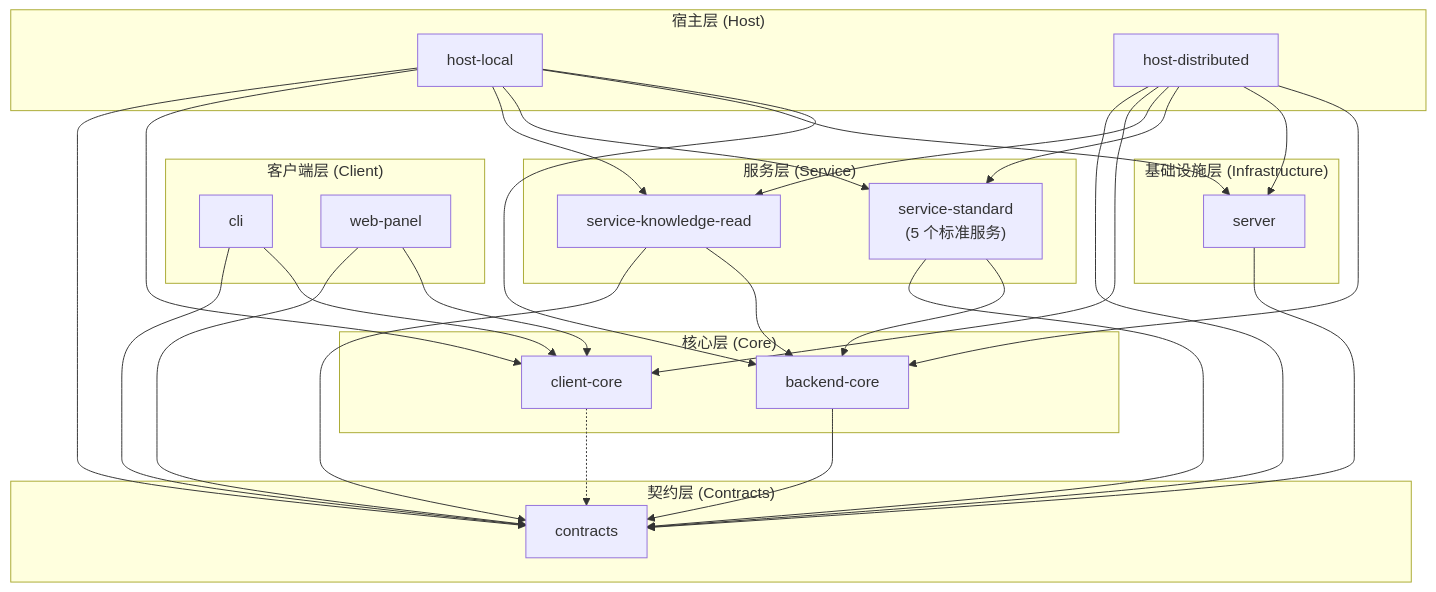
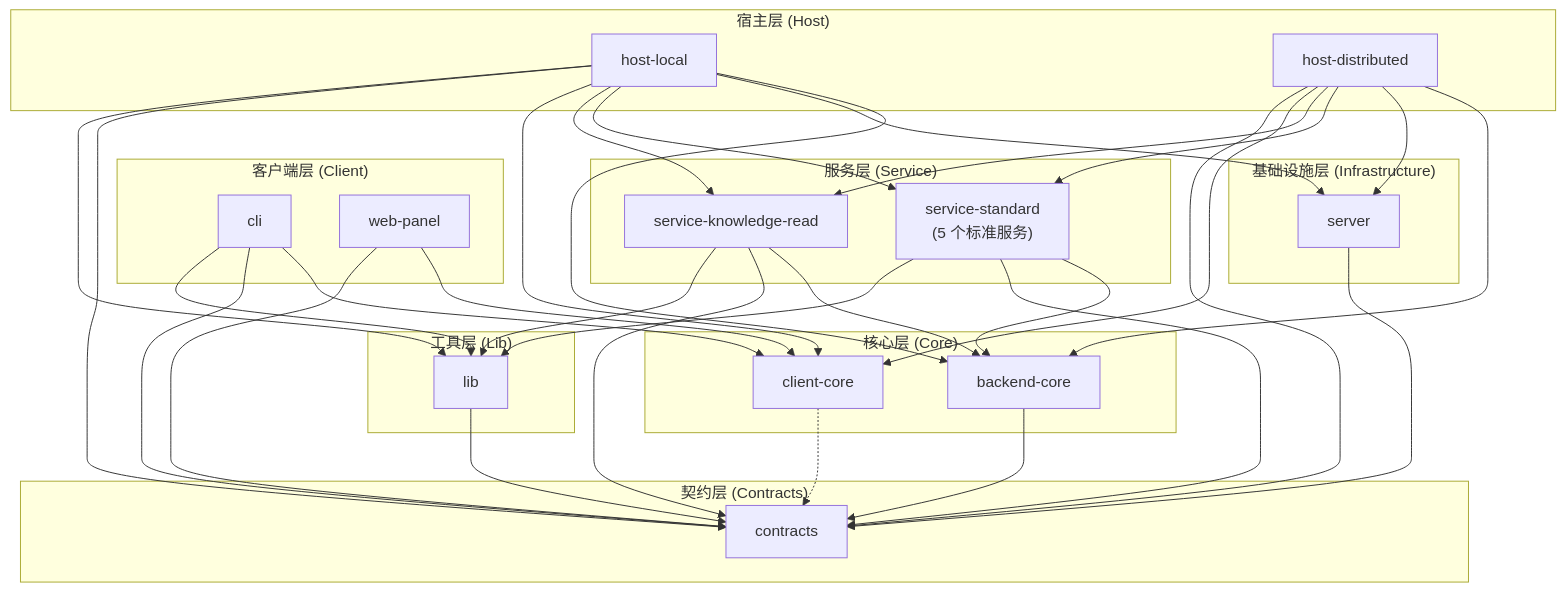
One commit to pofossette/TrapMap-for-vibing changed the diagram in docs/architecture/BOUNDARIES.md. Above: the diagram before and after it, drawn with Mermaid. The commit also changed other lines of this file and 50 other files, not shown here.

````diff
--- a/docs/architecture/BOUNDARIES.md
+++ b/docs/architecture/BOUNDARIES.md
@@ -33,61 +34,70 @@
 ```mermaid
 flowchart TB
     subgraph 宿主层["宿主层 (Host)"]
         host-local["host-local"]
         host-distributed["host-distributed"]
     end
 
     subgraph 客户端层["客户端层 (Client)"]
         cli["cli"]
         web-panel["web-panel"]
     end
 
     subgraph 服务层["服务层 (Service)"]
         service-standard["service-standard<br/>(5 个标准服务)"]
         service-knowledge-read["service-knowledge-read"]
     end
 
     subgraph 基础设施层["基础设施层 (Infrastructure)"]
         server["server"]
     end
 
     subgraph 核心层["核心层 (Core)"]
         backend-core["backend-core"]
         client-core["client-core"]
     end
 
+    subgraph 工具层["工具层 (Lib)"]
+        lib["lib"]
+    end
+
     subgraph 契约层["契约层 (Contracts)"]
         contracts["contracts"]
     end
 
     host-local --> backend-core
     host-local --> server
     host-local --> service-standard
     host-local --> service-knowledge-read
     host-local --> client-core
     host-local --> contracts
+    host-local --> lib
 
     host-distributed --> backend-core
     host-distributed --> server
     host-distributed --> service-standard
     host-distributed --> service-knowledge-read
     host-distributed --> client-core
     host-distributed --> contracts
 
     service-standard --> backend-core
     service-standard --> contracts
+    service-standard --> lib
 
     service-knowledge-read --> backend-core
     service-knowledge-read --> contracts
+    service-knowledge-read --> lib
     server --> contracts
 
     backend-core --> contracts
 
     cli --> client-core
     cli --> contracts
+    cli --> lib
 
     web-panel --> client-core
     web-panel --> contracts
 
     client-core -.-> contracts
+    lib --> contracts
 ```
````
